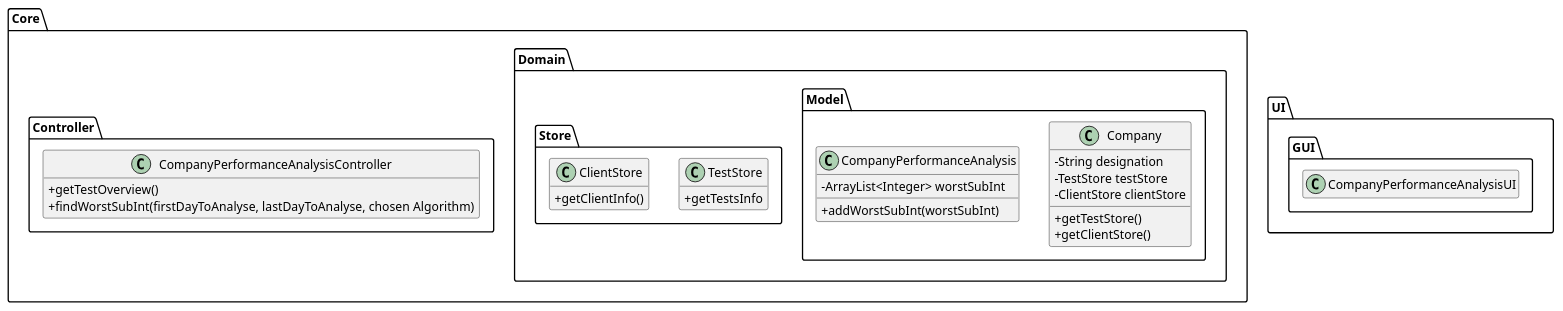
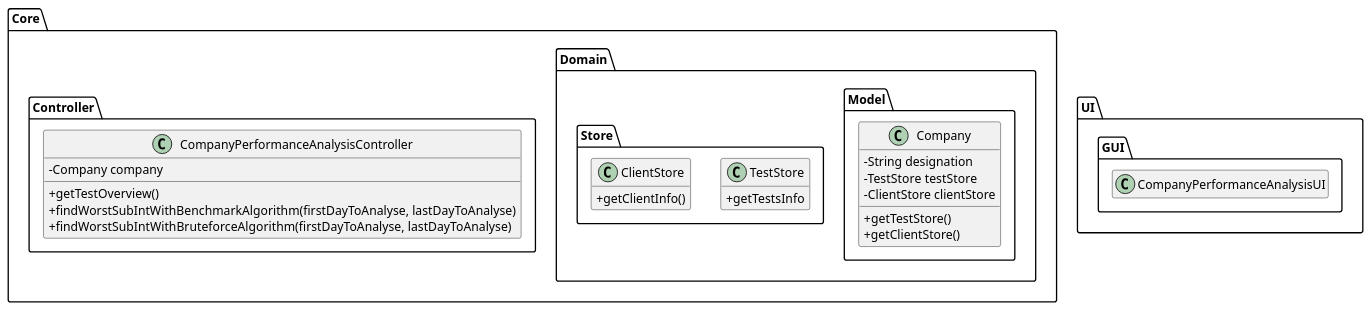
One commit to ana-albergaria/LAPR2-ISEP changed the diagram in docs/SprintD/US_16/US16_PD.puml. Above: the diagram before and after it, drawn with PlantUML. The commit also changed 15 other files, not shown here.

Commit message:
Corrected error in US16 Diagrams and Documentations, and Continued US16 Code.

```diff
--- a/docs/SprintD/US_16/US16_PD.puml
+++ b/docs/SprintD/US_16/US16_PD.puml
@@ -1,64 +1,61 @@
 @startuml
 hide empty methods
 hide empty attributes
 'left to right direction
 skinparam classAttributeIconSize 0
 
 package Core {
 
 package Domain {
 
 package Model{
 
 class Company {
     -String designation
     -TestStore testStore
     -ClientStore clientStore
     +getTestStore()
     +getClientStore()
-}
-
-class CompanyPerformanceAnalysis{
--ArrayList<Integer> worstSubInt
-+addWorstSubInt(worstSubInt)
 }
 
 }
 
 package Store {
 
 class TestStore {
 +getTestsInfo
 }
 
 class ClientStore {
 +getClientInfo()
 }
 
 }
 
 }
 
 package Controller {
 
 class CompanyPerformanceAnalysisController{
-+getTestOverview()
-+findWorstSubInt(firstDayToAnalyse, lastDayToAnalyse, chosen Algorithm)
+    -Company company
+    +getTestOverview()
+    +findWorstSubIntWithBenchmarkAlgorithm(firstDayToAnalyse, lastDayToAnalyse)
+    +findWorstSubIntWithBruteforceAlgorithm(firstDayToAnalyse, lastDayToAnalyse)
 }
 
 }
 
 }
 
 package UI {
 
 package GUI {
 
 class CompanyPerformanceAnalysisUI{
 }
 
 }
 
 }
 
 @enduml
```
